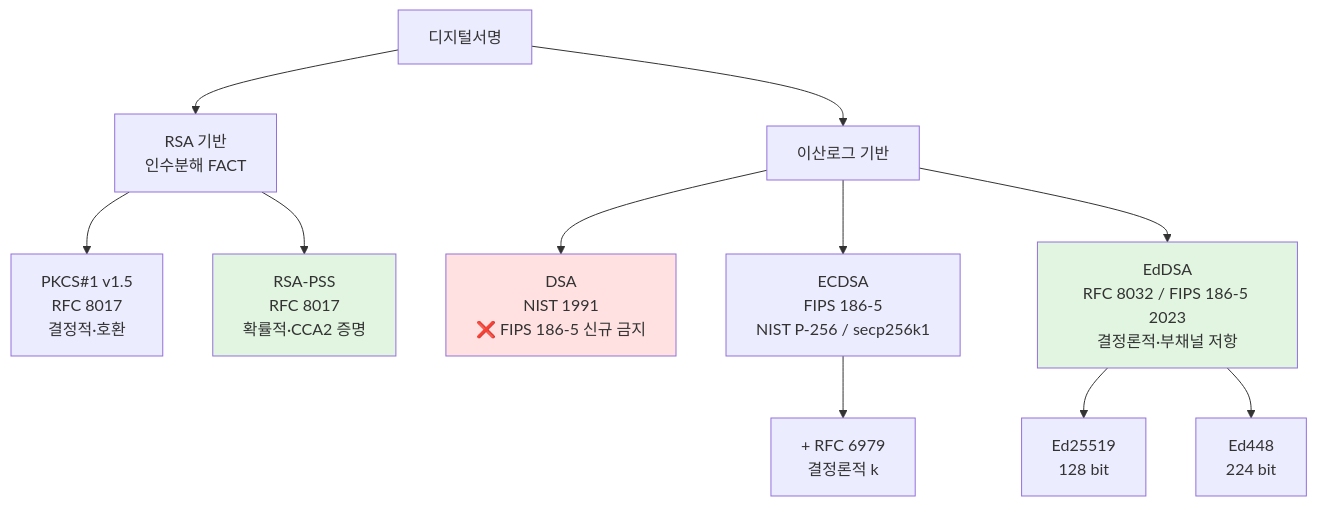
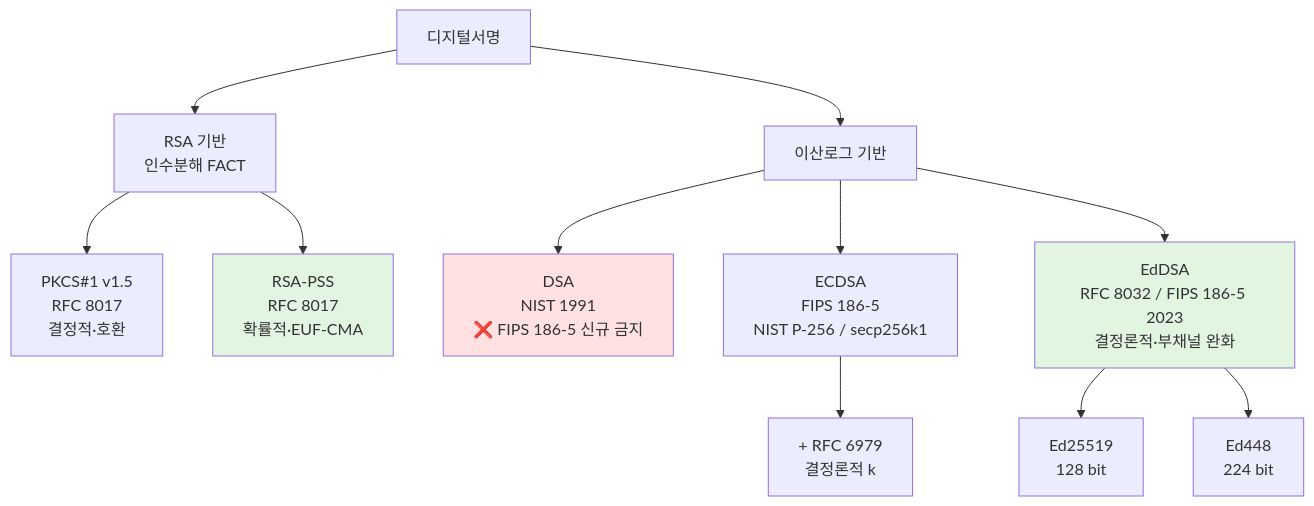
The second of 5 diagrams in cs/information-security/study/04.security-general/04.digital-signature-pki.md (ianrang/cs-study), drawn with Mermaid before and after one commit. The commit also changed other lines of this file and 1 other file, not shown here.

````diff
--- a/cs/information-security/study/04.security-general/04.digital-signature-pki.md
+++ b/cs/information-security/study/04.security-general/04.digital-signature-pki.md
@@ -788,21 +792,21 @@
 ```mermaid
 graph TD
   DS[디지털서명]
   DS --> RSA[RSA 기반<br/>인수분해 FACT]
   DS --> EC[이산로그 기반]
 
   RSA --> PKCS[PKCS#1 v1.5<br/>RFC 8017<br/>결정적·호환]
-  RSA --> PSS[RSA-PSS<br/>RFC 8017<br/>확률적·CCA2 증명]
+  RSA --> PSS[RSA-PSS<br/>RFC 8017<br/>확률적·EUF-CMA]
 
   EC --> DSA[DSA<br/>NIST 1991<br/>❌ FIPS 186-5 신규 금지]
   EC --> ECDSA[ECDSA<br/>FIPS 186-5<br/>NIST P-256 / secp256k1]
-  EC --> EDDSA[EdDSA<br/>RFC 8032 / FIPS 186-5 2023<br/>결정론적·부채널 저항]
+  EC --> EDDSA[EdDSA<br/>RFC 8032 / FIPS 186-5 2023<br/>결정론적·부채널 완화]
 
   ECDSA --> RFC6979[+ RFC 6979<br/>결정론적 k]
   EDDSA --> ED25[Ed25519<br/>128 bit]
   EDDSA --> ED448[Ed448<br/>224 bit]
 
   style DSA fill:#ffe1e1
   style PSS fill:#e1f5e1
   style EDDSA fill:#e1f5e1
 ```
````
